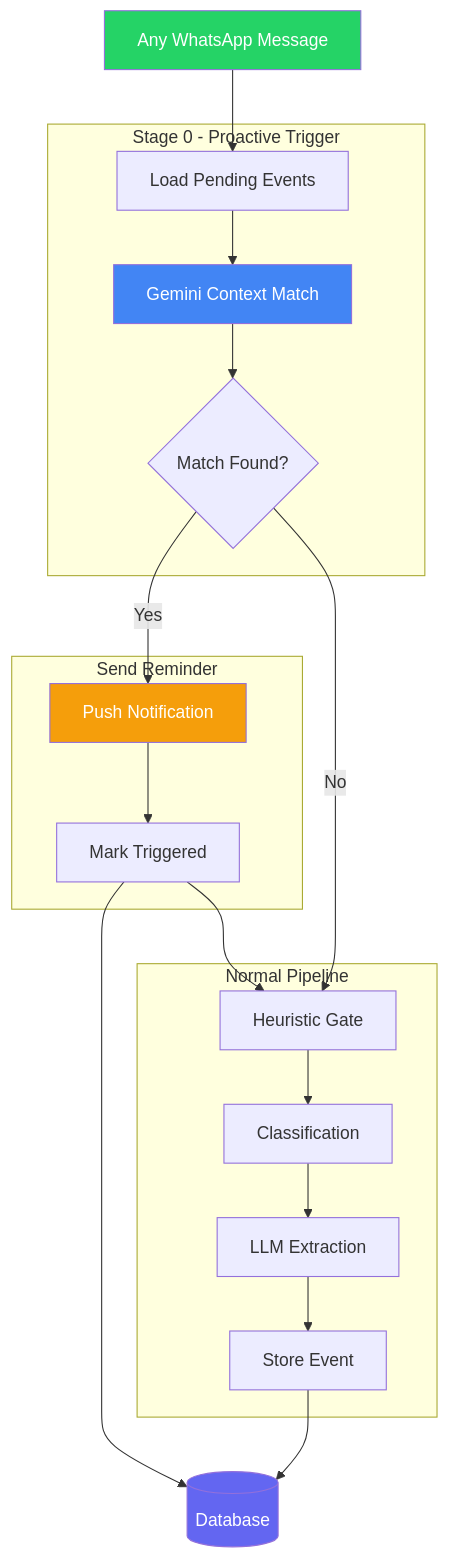
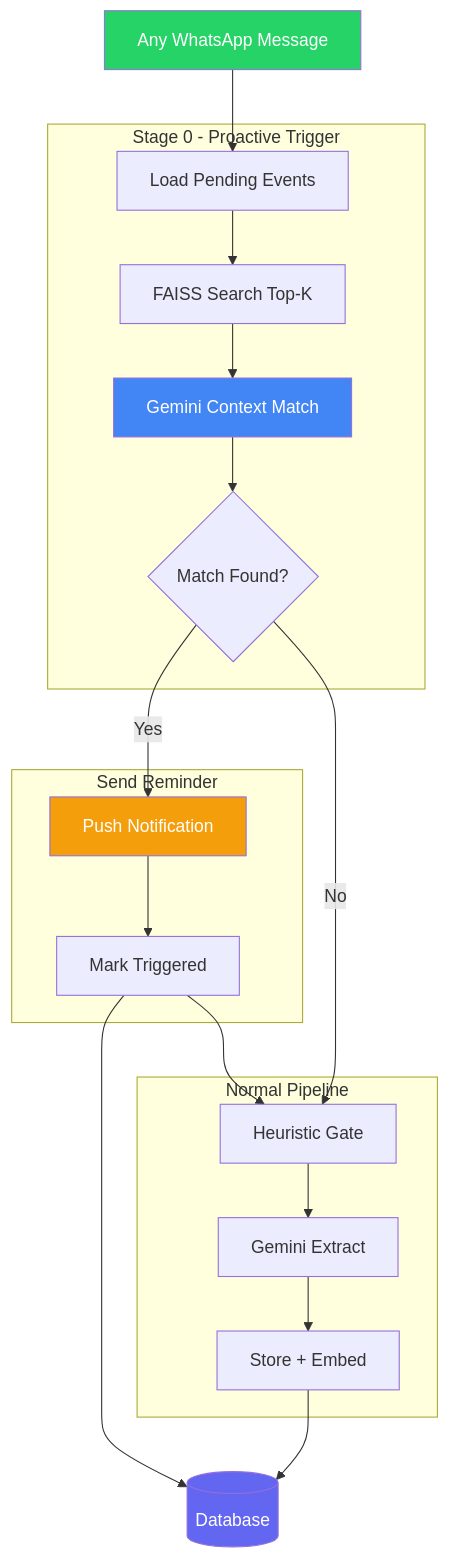
One commit to nityam2007/whatsapp-chat-rmd changed the diagram in docs/diagrams/06-proactive-triggers.mmd. Above: the diagram before and after it, drawn with Mermaid. The commit also changed 48 other files, not shown here.

```diff
--- a/docs/diagrams/06-proactive-triggers.mmd
+++ b/docs/diagrams/06-proactive-triggers.mmd
@@ -1,40 +1,40 @@
 flowchart TB
     MSG[Any WhatsApp Message]
 
     subgraph ProactiveCheck[Stage 0 - Proactive Trigger]
         LOAD[Load Pending Events]
+        FAISS[FAISS Search Top-K]
         GEMINI[Gemini Context Match]
         MATCH{Match Found?}
     end
 
     subgraph SendReminder[Send Reminder]
         PUSH[Push Notification]
         MARK[Mark Triggered]
     end
 
     subgraph Pipeline[Normal Pipeline]
         HEURISTIC[Heuristic Gate]
-        CLASSIFY[Classification]
-        EXTRACT[LLM Extraction]
-        STORE[Store Event]
+        EXTRACT[Gemini Extract]
+        STORE[Store + Embed]
     end
 
     DB[(Database)]
 
     MSG --> LOAD
-    LOAD --> GEMINI
+    LOAD --> FAISS
+    FAISS --> GEMINI
     GEMINI --> MATCH
     MATCH -->|Yes| PUSH
     MATCH -->|No| HEURISTIC
     PUSH --> MARK
     MARK --> DB
     MARK --> HEURISTIC
-    HEURISTIC --> CLASSIFY
-    CLASSIFY --> EXTRACT
+    HEURISTIC --> EXTRACT
     EXTRACT --> STORE
     STORE --> DB
 
     style MSG fill:#25D366,color:#fff
     style GEMINI fill:#4285f4,color:#fff
     style PUSH fill:#f59e0b,color:#fff
     style DB fill:#6366f1,color:#fff
```
